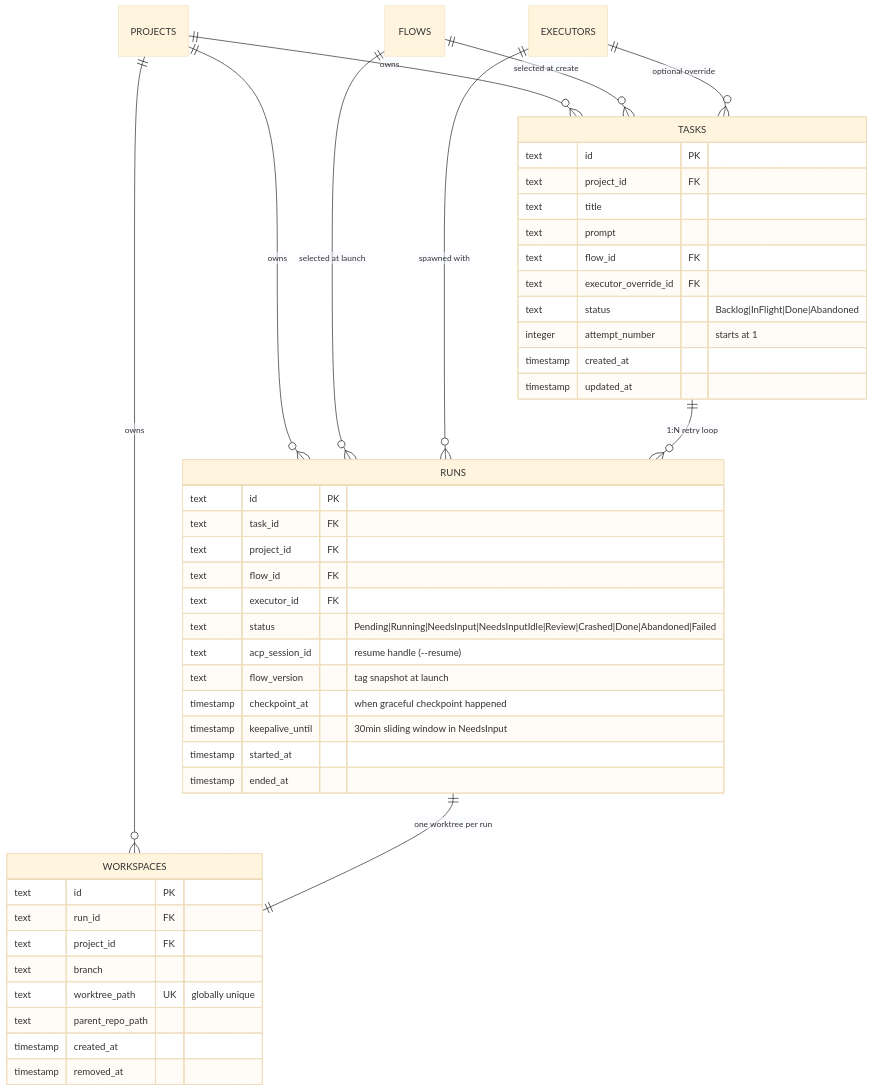
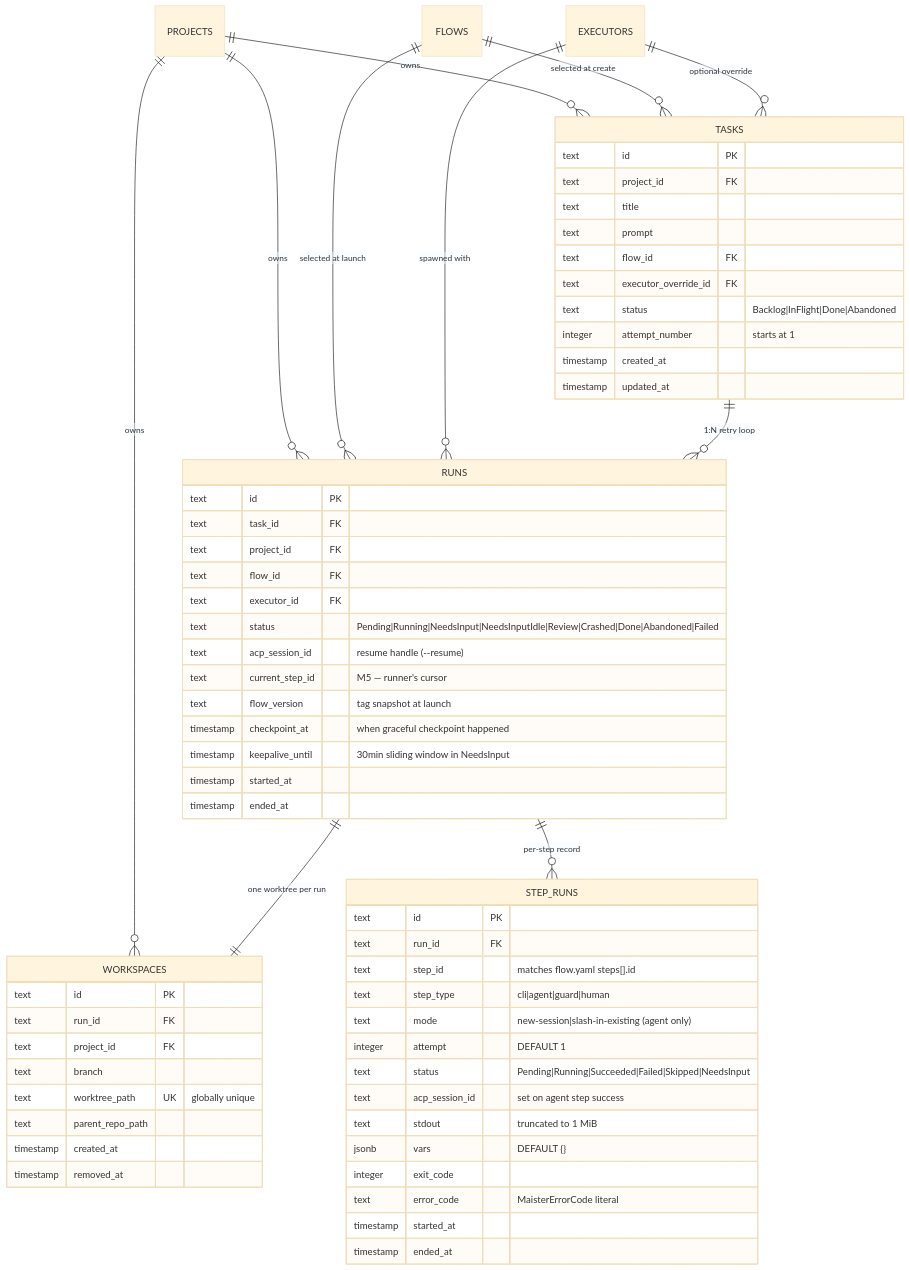
The diagram in docs/db/runs-domain.md (maister-dev/maister), drawn with Mermaid (base theme) before and after one commit. The commit also changed other lines of this file and 7 other files, not shown here.

First line of the commit message:
fix(flows): address adversarial-review findings — worktree ownership, cap race, slash session cleanup, worktree-add ordering, DB spec drift

````diff
--- a/docs/db/runs-domain.md
+++ b/docs/db/runs-domain.md
@@ -9,51 +9,70 @@
 ```mermaid
 erDiagram
     PROJECTS ||--o{ TASKS : "owns"
     PROJECTS ||--o{ RUNS : "owns"
     PROJECTS ||--o{ WORKSPACES : "owns"
     FLOWS ||--o{ TASKS : "selected at create"
     FLOWS ||--o{ RUNS : "selected at launch"
     EXECUTORS ||--o{ TASKS : "optional override"
     EXECUTORS ||--o{ RUNS : "spawned with"
     TASKS ||--o{ RUNS : "1:N retry loop"
     RUNS ||--|| WORKSPACES : "one worktree per run"
+    RUNS ||--o{ STEP_RUNS : "per-step record"
 
     TASKS {
         text id PK
         text project_id FK
         text title
         text prompt
         text flow_id FK
         text executor_override_id FK
         text status "Backlog|InFlight|Done|Abandoned"
         integer attempt_number "starts at 1"
         timestamp created_at
         timestamp updated_at
     }
 
     RUNS {
         text id PK
         text task_id FK
         text project_id FK
         text flow_id FK
         text executor_id FK
         text status "Pending|Running|NeedsInput|NeedsInputIdle|Review|Crashed|Done|Abandoned|Failed"
         text acp_session_id "resume handle (--resume)"
+        text current_step_id "M5 — runner's cursor"
         text flow_version "tag snapshot at launch"
         timestamp checkpoint_at "when graceful checkpoint happened"
         timestamp keepalive_until "30min sliding window in NeedsInput"
         timestamp started_at
         timestamp ended_at
     }
 
     WORKSPACES {
         text id PK
         text run_id FK
         text project_id FK
         text branch
         text worktree_path UK "globally unique"
         text parent_repo_path
         timestamp created_at
         timestamp removed_at
     }
+
+    STEP_RUNS {
+        text id PK
+        text run_id FK
+        text step_id "matches flow.yaml steps[].id"
+        text step_type "cli|agent|guard|human"
+        text mode "new-session|slash-in-existing (agent only)"
+        integer attempt "DEFAULT 1"
+        text status "Pending|Running|Succeeded|Failed|Skipped|NeedsInput"
+        text acp_session_id "set on agent step success"
+        text stdout "truncated to 1 MiB"
+        jsonb vars "DEFAULT {}"
+        integer exit_code
+        text error_code "MaisterErrorCode literal"
+        timestamp started_at
+        timestamp ended_at
+    }
 ```
````
